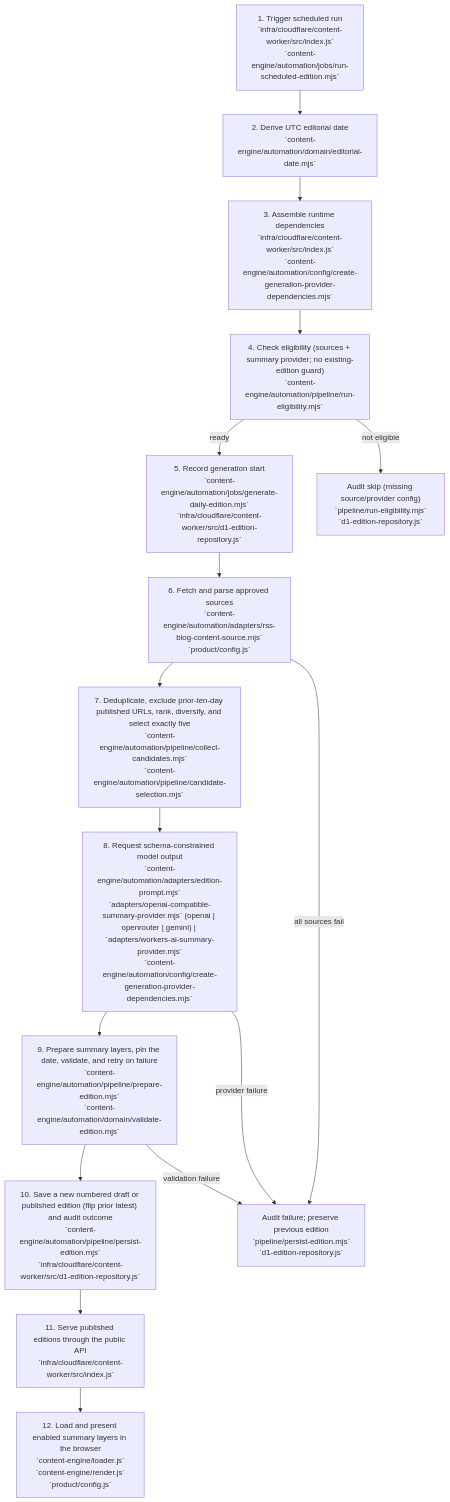
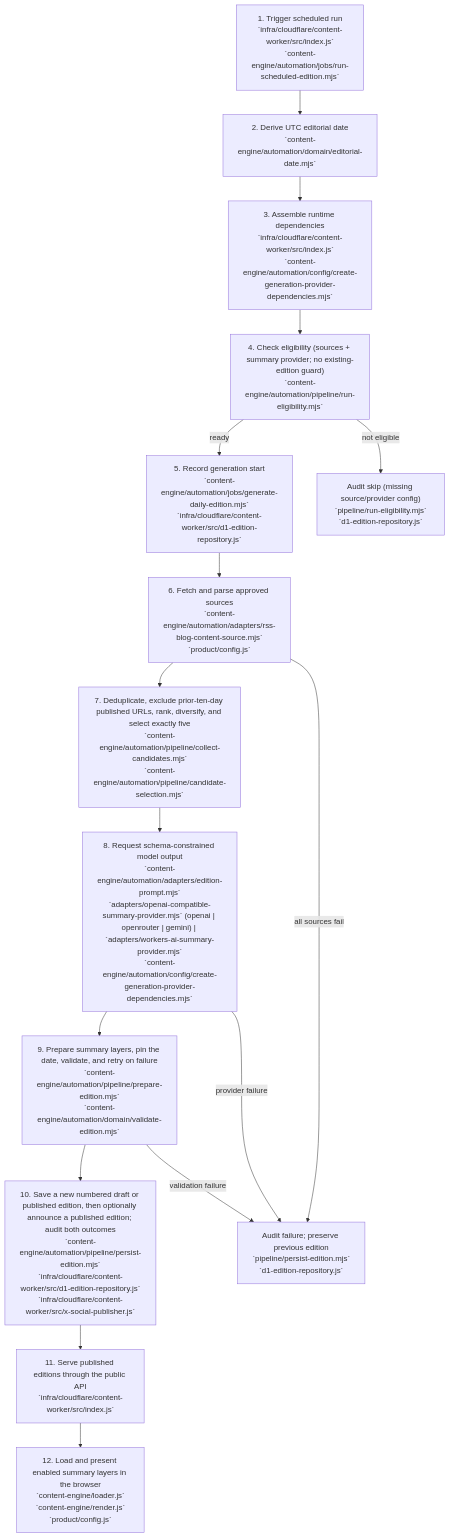
The second of 2 diagrams in docs/DAILY_CONTENT_AUTOMATION.md (RadheCode/AINuggets), drawn with Mermaid before and after one commit. The commit also changed other lines of this file and 15 other files, not shown here.

````diff
--- a/docs/DAILY_CONTENT_AUTOMATION.md
+++ b/docs/DAILY_CONTENT_AUTOMATION.md
@@ -154,22 +156,22 @@
 ```mermaid
 flowchart TD
     S1["1. Trigger scheduled run\n`infra/cloudflare/content-worker/src/index.js`\n`content-engine/automation/jobs/run-scheduled-edition.mjs`"]
     S2["2. Derive UTC editorial date\n`content-engine/automation/domain/editorial-date.mjs`"]
     S3["3. Assemble runtime dependencies\n`infra/cloudflare/content-worker/src/index.js`\n`content-engine/automation/config/create-generation-provider-dependencies.mjs`"]
     S4["4. Check eligibility (sources + summary provider; no existing-edition guard)\n`content-engine/automation/pipeline/run-eligibility.mjs`"]
     S5["5. Record generation start\n`content-engine/automation/jobs/generate-daily-edition.mjs`\n`infra/cloudflare/content-worker/src/d1-edition-repository.js`"]
     S6["6. Fetch and parse approved sources\n`content-engine/automation/adapters/rss-blog-content-source.mjs`\n`product/config.js`"]
     S7["7. Deduplicate, exclude prior-ten-day published URLs, rank, diversify, and select exactly five\n`content-engine/automation/pipeline/collect-candidates.mjs`\n`content-engine/automation/pipeline/candidate-selection.mjs`"]
     S8["8. Request schema-constrained model output\n`content-engine/automation/adapters/edition-prompt.mjs`\n`adapters/openai-compatible-summary-provider.mjs` (openai | openrouter | gemini) | `adapters/workers-ai-summary-provider.mjs`\n`content-engine/automation/config/create-generation-provider-dependencies.mjs`"]
     S9["9. Prepare summary layers, pin the date, validate, and retry on failure\n`content-engine/automation/pipeline/prepare-edition.mjs`\n`content-engine/automation/domain/validate-edition.mjs`"]
-    S10["10. Save a new numbered draft or published edition (flip prior latest) and audit outcome\n`content-engine/automation/pipeline/persist-edition.mjs`\n`infra/cloudflare/content-worker/src/d1-edition-repository.js`"]
+    S10["10. Save a new numbered draft or published edition, then optionally announce a published edition; audit both outcomes\n`content-engine/automation/pipeline/persist-edition.mjs`\n`infra/cloudflare/content-worker/src/d1-edition-repository.js`\n`infra/cloudflare/content-worker/src/x-social-publisher.js`"]
     S11["11. Serve published editions through the public API\n`infra/cloudflare/content-worker/src/index.js`"]
     S12["12. Load and present enabled summary layers in the browser\n`content-engine/loader.js`\n`content-engine/render.js`\n`product/config.js`"]
 
     S1 --> S2 --> S3 --> S4
     S4 -->|ready| S5 --> S6 --> S7 --> S8 --> S9 --> S10 --> S11 --> S12
     S4 -->|not eligible| X["Audit skip (missing source/provider config)\n`pipeline/run-eligibility.mjs`\n`d1-edition-repository.js`"]
     S6 -->|all sources fail| F["Audit failure; preserve previous edition\n`pipeline/persist-edition.mjs`\n`d1-edition-repository.js`"]
     S8 -->|provider failure| F
     S9 -->|validation failure| F
 ```
````
